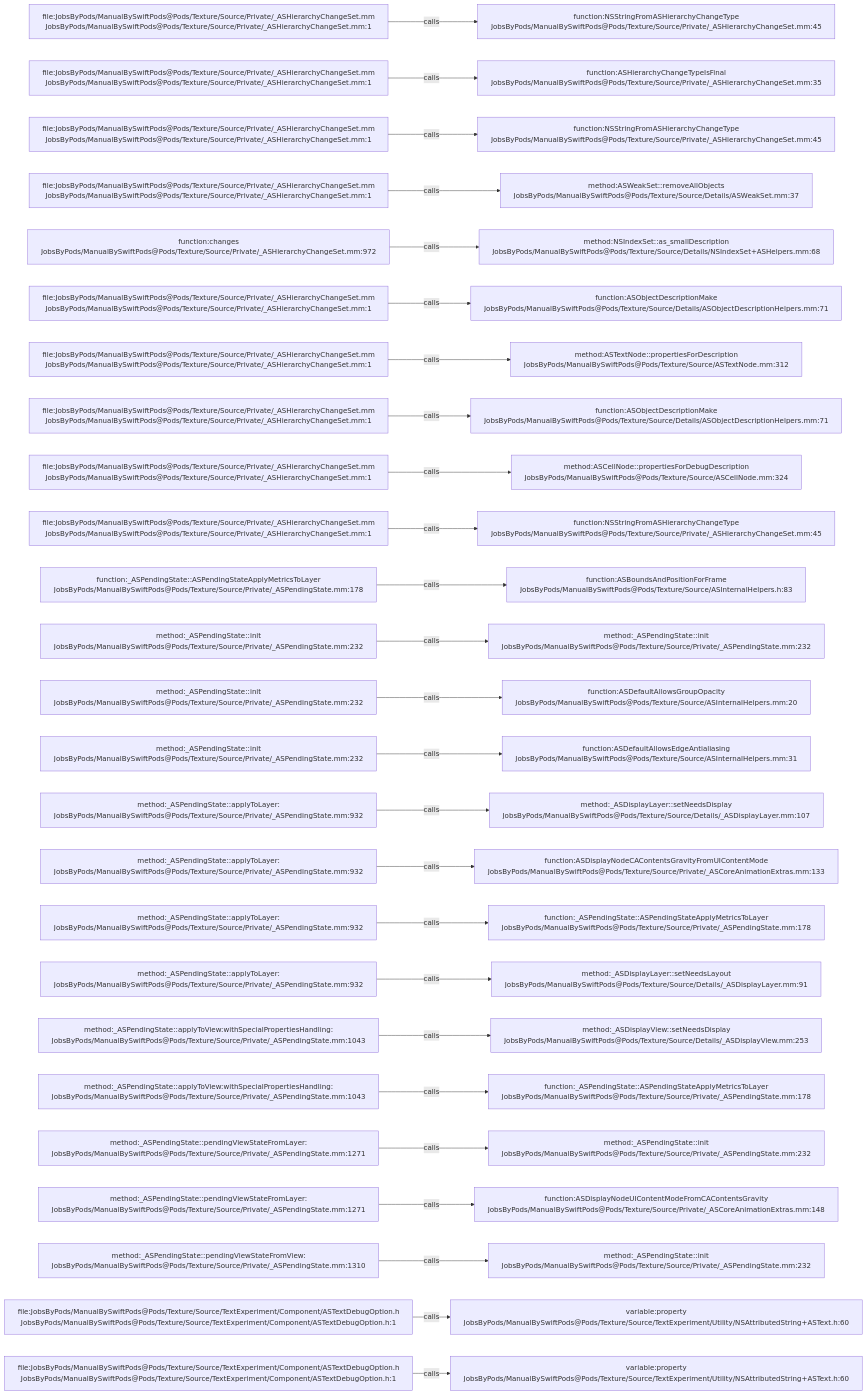
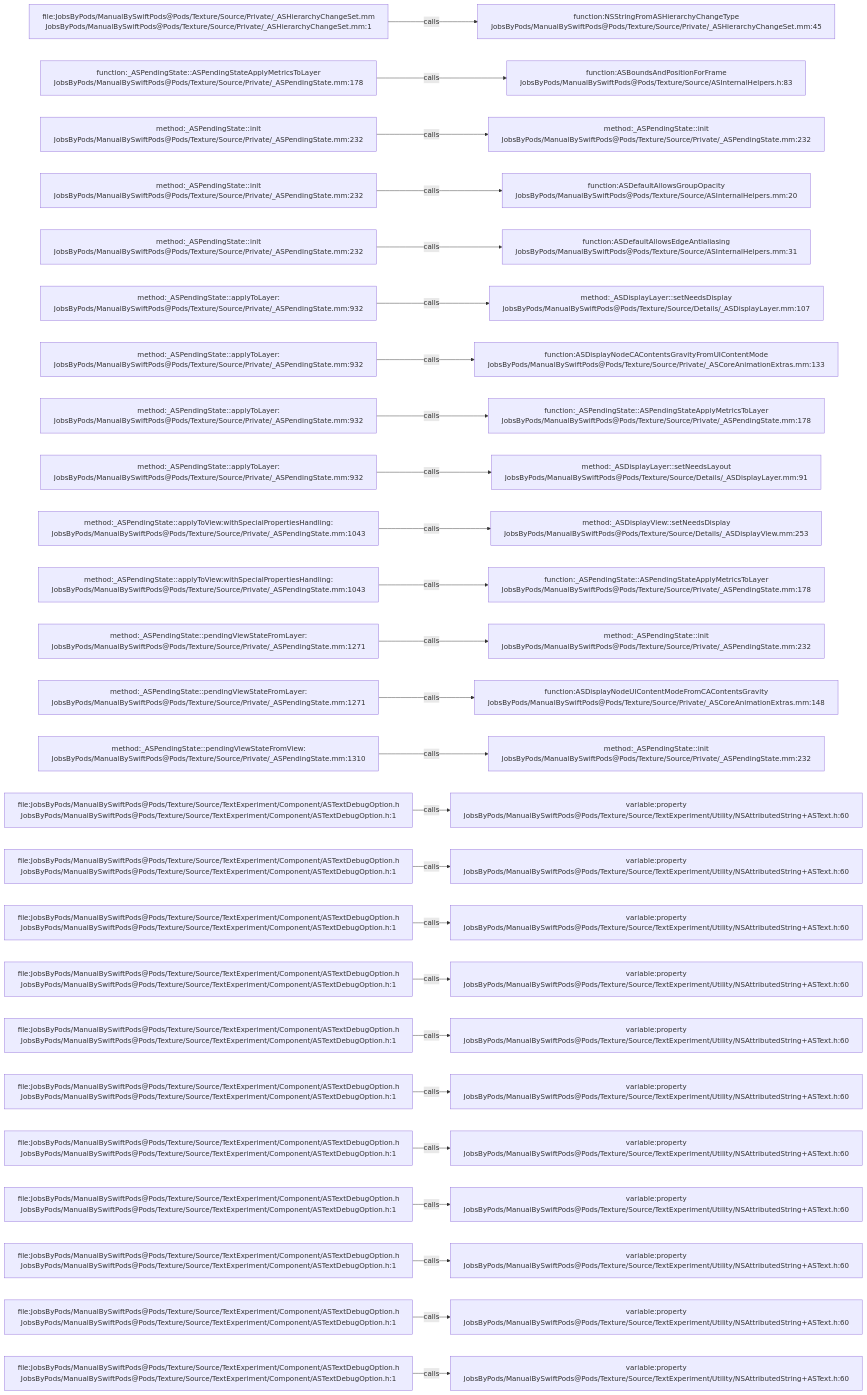
Before and after one commit to JobsKits/JobsSwiftBaseConfigDemo: the diagram in .codegraph/codegraph.md/graphs/calls-130.md, drawn with Mermaid. The commit also changed 707 other files, not shown here.

````diff
--- a/.codegraph/codegraph.md/graphs/calls-130.md
+++ b/.codegraph/codegraph.md/graphs/calls-130.md
@@ -13,78 +13,78 @@
 ```mermaid
 flowchart LR
   S1["file:JobsByPods/ManualBySwiftPods@Pods/Texture/Source/Private/_ASHierarchyChangeSet.mm<br/>JobsByPods/ManualBySwiftPods@Pods/Texture/Source/Private/_ASHierarchyChangeSet.mm:1"]
   T1["function:NSStringFromASHierarchyChangeType<br/>JobsByPods/ManualBySwiftPods@Pods/Texture/Source/Private/_ASHierarchyChangeSet.mm:45"]
   S1 -->|calls| T1
-  S2["file:JobsByPods/ManualBySwiftPods@Pods/Texture/Source/Private/_ASHierarchyChangeSet.mm<br/>JobsByPods/ManualBySwiftPods@Pods/Texture/Source/Private/_ASHierarchyChangeSet.mm:1"]
-  T2["function:ASHierarchyChangeTypeIsFinal<br/>JobsByPods/ManualBySwiftPods@Pods/Texture/Source/Private/_ASHierarchyChangeSet.mm:35"]
+  S2["function:_ASPendingState::ASPendingStateApplyMetricsToLayer<br/>JobsByPods/ManualBySwiftPods@Pods/Texture/Source/Private/_ASPendingState.mm:178"]
+  T2["function:ASBoundsAndPositionForFrame<br/>JobsByPods/ManualBySwiftPods@Pods/Texture/Source/ASInternalHelpers.h:83"]
   S2 -->|calls| T2
-  S3["file:JobsByPods/ManualBySwiftPods@Pods/Texture/Source/Private/_ASHierarchyChangeSet.mm<br/>JobsByPods/ManualBySwiftPods@Pods/Texture/Source/Private/_ASHierarchyChangeSet.mm:1"]
-  T3["function:NSStringFromASHierarchyChangeType<br/>JobsByPods/ManualBySwiftPods@Pods/Texture/Source/Private/_ASHierarchyChangeSet.mm:45"]
+  S3["method:_ASPendingState::init<br/>JobsByPods/ManualBySwiftPods@Pods/Texture/Source/Private/_ASPendingState.mm:232"]
+  T3["method:_ASPendingState::init<br/>JobsByPods/ManualBySwiftPods@Pods/Texture/Source/Private/_ASPendingState.mm:232"]
   S3 -->|calls| T3
-  S4["file:JobsByPods/ManualBySwiftPods@Pods/Texture/Source/Private/_ASHierarchyChangeSet.mm<br/>JobsByPods/ManualBySwiftPods@Pods/Texture/Source/Private/_ASHierarchyChangeSet.mm:1"]
-  T4["method:ASWeakSet::removeAllObjects<br/>JobsByPods/ManualBySwiftPods@Pods/Texture/Source/Details/ASWeakSet.mm:37"]
+  S4["method:_ASPendingState::init<br/>JobsByPods/ManualBySwiftPods@Pods/Texture/Source/Private/_ASPendingState.mm:232"]
+  T4["function:ASDefaultAllowsGroupOpacity<br/>JobsByPods/ManualBySwiftPods@Pods/Texture/Source/ASInternalHelpers.mm:20"]
   S4 -->|calls| T4
-  S5["function:changes<br/>JobsByPods/ManualBySwiftPods@Pods/Texture/Source/Private/_ASHierarchyChangeSet.mm:972"]
-  T5["method:NSIndexSet::as_smallDescription<br/>JobsByPods/ManualBySwiftPods@Pods/Texture/Source/Details/NSIndexSet+ASHelpers.mm:68"]
+  S5["method:_ASPendingState::init<br/>JobsByPods/ManualBySwiftPods@Pods/Texture/Source/Private/_ASPendingState.mm:232"]
+  T5["function:ASDefaultAllowsEdgeAntialiasing<br/>JobsByPods/ManualBySwiftPods@Pods/Texture/Source/ASInternalHelpers.mm:31"]
   S5 -->|calls| T5
-  S6["file:JobsByPods/ManualBySwiftPods@Pods/Texture/Source/Private/_ASHierarchyChangeSet.mm<br/>JobsByPods/ManualBySwiftPods@Pods/Texture/Source/Private/_ASHierarchyChangeSet.mm:1"]
-  T6["function:ASObjectDescriptionMake<br/>JobsByPods/ManualBySwiftPods@Pods/Texture/Source/Details/ASObjectDescriptionHelpers.mm:71"]
+  S6["method:_ASPendingState::applyToLayer:<br/>JobsByPods/ManualBySwiftPods@Pods/Texture/Source/Private/_ASPendingState.mm:932"]
+  T6["method:_ASDisplayLayer::setNeedsDisplay<br/>JobsByPods/ManualBySwiftPods@Pods/Texture/Source/Details/_ASDisplayLayer.mm:107"]
   S6 -->|calls| T6
-  S7["file:JobsByPods/ManualBySwiftPods@Pods/Texture/Source/Private/_ASHierarchyChangeSet.mm<br/>JobsByPods/ManualBySwiftPods@Pods/Texture/Source/Private/_ASHierarchyChangeSet.mm:1"]
-  T7["method:ASTextNode::propertiesForDescription<br/>JobsByPods/ManualBySwiftPods@Pods/Texture/Source/ASTextNode.mm:312"]
+  S7["method:_ASPendingState::applyToLayer:<br/>JobsByPods/ManualBySwiftPods@Pods/Texture/Source/Private/_ASPendingState.mm:932"]
+  T7["function:ASDisplayNodeCAContentsGravityFromUIContentMode<br/>JobsByPods/ManualBySwiftPods@Pods/Texture/Source/Private/_ASCoreAnimationExtras.mm:133"]
   S7 -->|calls| T7
-  S8["file:JobsByPods/ManualBySwiftPods@Pods/Texture/Source/Private/_ASHierarchyChangeSet.mm<br/>JobsByPods/ManualBySwiftPods@Pods/Texture/Source/Private/_ASHierarchyChangeSet.mm:1"]
-  T8["function:ASObjectDescriptionMake<br/>JobsByPods/ManualBySwiftPods@Pods/Texture/Source/Details/ASObjectDescriptionHelpers.mm:71"]
+  S8["method:_ASPendingState::applyToLayer:<br/>JobsByPods/ManualBySwiftPods@Pods/Texture/Source/Private/_ASPendingState.mm:932"]
+  T8["function:_ASPendingState::ASPendingStateApplyMetricsToLayer<br/>JobsByPods/ManualBySwiftPods@Pods/Texture/Source/Private/_ASPendingState.mm:178"]
   S8 -->|calls| T8
-  S9["file:JobsByPods/ManualBySwiftPods@Pods/Texture/Source/Private/_ASHierarchyChangeSet.mm<br/>JobsByPods/ManualBySwiftPods@Pods/Texture/Source/Private/_ASHierarchyChangeSet.mm:1"]
-  T9["method:ASCellNode::propertiesForDebugDescription<br/>JobsByPods/ManualBySwiftPods@Pods/Texture/Source/ASCellNode.mm:324"]
+  S9["method:_ASPendingState::applyToLayer:<br/>JobsByPods/ManualBySwiftPods@Pods/Texture/Source/Private/_ASPendingState.mm:932"]
+  T9["method:_ASDisplayLayer::setNeedsLayout<br/>JobsByPods/ManualBySwiftPods@Pods/Texture/Source/Details/_ASDisplayLayer.mm:91"]
   S9 -->|calls| T9
-  S10["file:JobsByPods/ManualBySwiftPods@Pods/Texture/Source/Private/_ASHierarchyChangeSet.mm<br/>JobsByPods/ManualBySwiftPods@Pods/Texture/Source/Private/_ASHierarchyChangeSet.mm:1"]
-  T10["function:NSStringFromASHierarchyChangeType<br/>JobsByPods/ManualBySwiftPods@Pods/Texture/Source/Private/_ASHierarchyChangeSet.mm:45"]
+  S10["method:_ASPendingState::applyToView:withSpecialPropertiesHandling:<br/>JobsByPods/ManualBySwiftPods@Pods/Texture/Source/Private/_ASPendingState.mm:1043"]
+  T10["method:_ASDisplayView::setNeedsDisplay<br/>JobsByPods/ManualBySwiftPods@Pods/Texture/Source/Details/_ASDisplayView.mm:253"]
   S10 -->|calls| T10
-  S11["function:_ASPendingState::ASPendingStateApplyMetricsToLayer<br/>JobsByPods/ManualBySwiftPods@Pods/Texture/Source/Private/_ASPendingState.mm:178"]
-  T11["function:ASBoundsAndPositionForFrame<br/>JobsByPods/ManualBySwiftPods@Pods/Texture/Source/ASInternalHelpers.h:83"]
+  S11["method:_ASPendingState::applyToView:withSpecialPropertiesHandling:<br/>JobsByPods/ManualBySwiftPods@Pods/Texture/Source/Private/_ASPendingState.mm:1043"]
+  T11["function:_ASPendingState::ASPendingStateApplyMetricsToLayer<br/>JobsByPods/ManualBySwiftPods@Pods/Texture/Source/Private/_ASPendingState.mm:178"]
   S11 -->|calls| T11
-  S12["method:_ASPendingState::init<br/>JobsByPods/ManualBySwiftPods@Pods/Texture/Source/Private/_ASPendingState.mm:232"]
+  S12["method:_ASPendingState::pendingViewStateFromLayer:<br/>JobsByPods/ManualBySwiftPods@Pods/Texture/Source/Private/_ASPendingState.mm:1271"]
   T12["method:_ASPendingState::init<br/>JobsByPods/ManualBySwiftPods@Pods/Texture/Source/Private/_ASPendingState.mm:232"]
   S12 -->|calls| T12
-  S13["method:_ASPendingState::init<br/>JobsByPods/ManualBySwiftPods@Pods/Texture/Source/Private/_ASPendingState.mm:232"]
-  T13["function:ASDefaultAllowsGroupOpacity<br/>JobsByPods/ManualBySwiftPods@Pods/Texture/Source/ASInternalHelpers.mm:20"]
+  S13["method:_ASPendingState::pendingViewStateFromLayer:<br/>JobsByPods/ManualBySwiftPods@Pods/Texture/Source/Private/_ASPendingState.mm:1271"]
+  T13["function:ASDisplayNodeUIContentModeFromCAContentsGravity<br/>JobsByPods/ManualBySwiftPods@Pods/Texture/Source/Private/_ASCoreAnimationExtras.mm:148"]
   S13 -->|calls| T13
-  S14["method:_ASPendingState::init<br/>JobsByPods/ManualBySwiftPods@Pods/Texture/Source/Private/_ASPendingState.mm:232"]
-  T14["function:ASDefaultAllowsEdgeAntialiasing<br/>JobsByPods/ManualBySwiftPods@Pods/Texture/Source/ASInternalHelpers.mm:31"]
+  S14["method:_ASPendingState::pendingViewStateFromView:<br/>JobsByPods/ManualBySwiftPods@Pods/Texture/Source/Private/_ASPendingState.mm:1310"]
+  T14["method:_ASPendingState::init<br/>JobsByPods/ManualBySwiftPods@Pods/Texture/Source/Private/_ASPendingState.mm:232"]
   S14 -->|calls| T14
-  S15["method:_ASPendingState::applyToLayer:<br/>JobsByPods/ManualBySwiftPods@Pods/Texture/Source/Private/_ASPendingState.mm:932"]
-  T15["method:_ASDisplayLayer::setNeedsDisplay<br/>JobsByPods/ManualBySwiftPods@Pods/Texture/Source/Details/_ASDisplayLayer.mm:107"]
+  S15["file:JobsByPods/ManualBySwiftPods@Pods/Texture/Source/TextExperiment/Component/ASTextDebugOption.h<br/>JobsByPods/ManualBySwiftPods@Pods/Texture/Source/TextExperiment/Component/ASTextDebugOption.h:1"]
+  T15["variable:property<br/>JobsByPods/ManualBySwiftPods@Pods/Texture/Source/TextExperiment/Utility/NSAttributedString+ASText.h:60"]
   S15 -->|calls| T15
-  S16["method:_ASPendingState::applyToLayer:<br/>JobsByPods/ManualBySwiftPods@Pods/Texture/Source/Private/_ASPendingState.mm:932"]
-  T16["function:ASDisplayNodeCAContentsGravityFromUIContentMode<br/>JobsByPods/ManualBySwiftPods@Pods/Texture/Source/Private/_ASCoreAnimationExtras.mm:133"]
+  S16["file:JobsByPods/ManualBySwiftPods@Pods/Texture/Source/TextExperiment/Component/ASTextDebugOption.h<br/>JobsByPods/ManualBySwiftPods@Pods/Texture/Source/TextExperiment/Component/ASTextDebugOption.h:1"]
+  T16["variable:property<br/>JobsByPods/ManualBySwiftPods@Pods/Texture/Source/TextExperiment/Utility/NSAttributedString+ASText.h:60"]
   S16 -->|calls| T16
-  S17["method:_ASPendingState::applyToLayer:<br/>JobsByPods/ManualBySwiftPods@Pods/Texture/Source/Private/_ASPendingState.mm:932"]
-  T17["function:_ASPendingState::ASPendingStateApplyMetricsToLayer<br/>JobsByPods/ManualBySwiftPods@Pods/Texture/Source/Private/_ASPendingState.mm:178"]
+  S17["file:JobsByPods/ManualBySwiftPods@Pods/Texture/Source/TextExperiment/Component/ASTextDebugOption.h<br/>JobsByPods/ManualBySwiftPods@Pods/Texture/Source/TextExperiment/Component/ASTextDebugOption.h:1"]
+  T17["variable:property<br/>JobsByPods/ManualBySwiftPods@Pods/Texture/Source/TextExperiment/Utility/NSAttributedString+ASText.h:60"]
   S17 -->|calls| T17
-  S18["method:_ASPendingState::applyToLayer:<br/>JobsByPods/ManualBySwiftPods@Pods/Texture/Source/Private/_ASPendingState.mm:932"]
-  T18["method:_ASDisplayLayer::setNeedsLayout<br/>JobsByPods/ManualBySwiftPods@Pods/Texture/Source/Details/_ASDisplayLayer.mm:91"]
+  S18["file:JobsByPods/ManualBySwiftPods@Pods/Texture/Source/TextExperiment/Component/ASTextDebugOption.h<br/>JobsByPods/ManualBySwiftPods@Pods/Texture/Source/TextExperiment/Component/ASTextDebugOption.h:1"]
+  T18["variable:property<br/>JobsByPods/ManualBySwiftPods@Pods/Texture/Source/TextExperiment/Utility/NSAttributedString+ASText.h:60"]
   S18 -->|calls| T18
-  S19["method:_ASPendingState::applyToView:withSpecialPropertiesHandling:<br/>JobsByPods/ManualBySwiftPods@Pods/Texture/Source/Private/_ASPendingState.mm:1043"]
-  T19["method:_ASDisplayView::setNeedsDisplay<br/>JobsByPods/ManualBySwiftPods@Pods/Texture/Source/Details/_ASDisplayView.mm:253"]
+  S19["file:JobsByPods/ManualBySwiftPods@Pods/Texture/Source/TextExperiment/Component/ASTextDebugOption.h<br/>JobsByPods/ManualBySwiftPods@Pods/Texture/Source/TextExperiment/Component/ASTextDebugOption.h:1"]
+  T19["variable:property<br/>JobsByPods/ManualBySwiftPods@Pods/Texture/Source/TextExperiment/Utility/NSAttributedString+ASText.h:60"]
   S19 -->|calls| T19
-  S20["method:_ASPendingState::applyToView:withSpecialPropertiesHandling:<br/>JobsByPods/ManualBySwiftPods@Pods/Texture/Source/Private/_ASPendingState.mm:1043"]
-  T20["function:_ASPendingState::ASPendingStateApplyMetricsToLayer<br/>JobsByPods/ManualBySwiftPods@Pods/Texture/Source/Private/_ASPendingState.mm:178"]
+  S20["file:JobsByPods/ManualBySwiftPods@Pods/Texture/Source/TextExperiment/Component/ASTextDebugOption.h<br/>JobsByPods/ManualBySwiftPods@Pods/Texture/Source/TextExperiment/Component/ASTextDebugOption.h:1"]
+  T20["variable:property<br/>JobsByPods/ManualBySwiftPods@Pods/Texture/Source/TextExperiment/Utility/NSAttributedString+ASText.h:60"]
   S20 -->|calls| T20
-  S21["method:_ASPendingState::pendingViewStateFromLayer:<br/>JobsByPods/ManualBySwiftPods@Pods/Texture/Source/Private/_ASPendingState.mm:1271"]
-  T21["method:_ASPendingState::init<br/>JobsByPods/ManualBySwiftPods@Pods/Texture/Source/Private/_ASPendingState.mm:232"]
+  S21["file:JobsByPods/ManualBySwiftPods@Pods/Texture/Source/TextExperiment/Component/ASTextDebugOption.h<br/>JobsByPods/ManualBySwiftPods@Pods/Texture/Source/TextExperiment/Component/ASTextDebugOption.h:1"]
+  T21["variable:property<br/>JobsByPods/ManualBySwiftPods@Pods/Texture/Source/TextExperiment/Utility/NSAttributedString+ASText.h:60"]
   S21 -->|calls| T21
-  S22["method:_ASPendingState::pendingViewStateFromLayer:<br/>JobsByPods/ManualBySwiftPods@Pods/Texture/Source/Private/_ASPendingState.mm:1271"]
-  T22["function:ASDisplayNodeUIContentModeFromCAContentsGravity<br/>JobsByPods/ManualBySwiftPods@Pods/Texture/Source/Private/_ASCoreAnimationExtras.mm:148"]
+  S22["file:JobsByPods/ManualBySwiftPods@Pods/Texture/Source/TextExperiment/Component/ASTextDebugOption.h<br/>JobsByPods/ManualBySwiftPods@Pods/Texture/Source/TextExperiment/Component/ASTextDebugOption.h:1"]
+  T22["variable:property<br/>JobsByPods/ManualBySwiftPods@Pods/Texture/Source/TextExperiment/Utility/NSAttributedString+ASText.h:60"]
   S22 -->|calls| T22
-  S23["method:_ASPendingState::pendingViewStateFromView:<br/>JobsByPods/ManualBySwiftPods@Pods/Texture/Source/Private/_ASPendingState.mm:1310"]
-  T23["method:_ASPendingState::init<br/>JobsByPods/ManualBySwiftPods@Pods/Texture/Source/Private/_ASPendingState.mm:232"]
+  S23["file:JobsByPods/ManualBySwiftPods@Pods/Texture/Source/TextExperiment/Component/ASTextDebugOption.h<br/>JobsByPods/ManualBySwiftPods@Pods/Texture/Source/TextExperiment/Component/ASTextDebugOption.h:1"]
+  T23["variable:property<br/>JobsByPods/ManualBySwiftPods@Pods/Texture/Source/TextExperiment/Utility/NSAttributedString+ASText.h:60"]
   S23 -->|calls| T23
   S24["file:JobsByPods/ManualBySwiftPods@Pods/Texture/Source/TextExperiment/Component/ASTextDebugOption.h<br/>JobsByPods/ManualBySwiftPods@Pods/Texture/Source/TextExperiment/Component/ASTextDebugOption.h:1"]
   T24["variable:property<br/>JobsByPods/ManualBySwiftPods@Pods/Texture/Source/TextExperiment/Utility/NSAttributedString+ASText.h:60"]
   S24 -->|calls| T24
   S25["file:JobsByPods/ManualBySwiftPods@Pods/Texture/Source/TextExperiment/Component/ASTextDebugOption.h<br/>JobsByPods/ManualBySwiftPods@Pods/Texture/Source/TextExperiment/Component/ASTextDebugOption.h:1"]
   T25["variable:property<br/>JobsByPods/ManualBySwiftPods@Pods/Texture/Source/TextExperiment/Utility/NSAttributedString+ASText.h:60"]
   S25 -->|calls| T25
 ```
````
